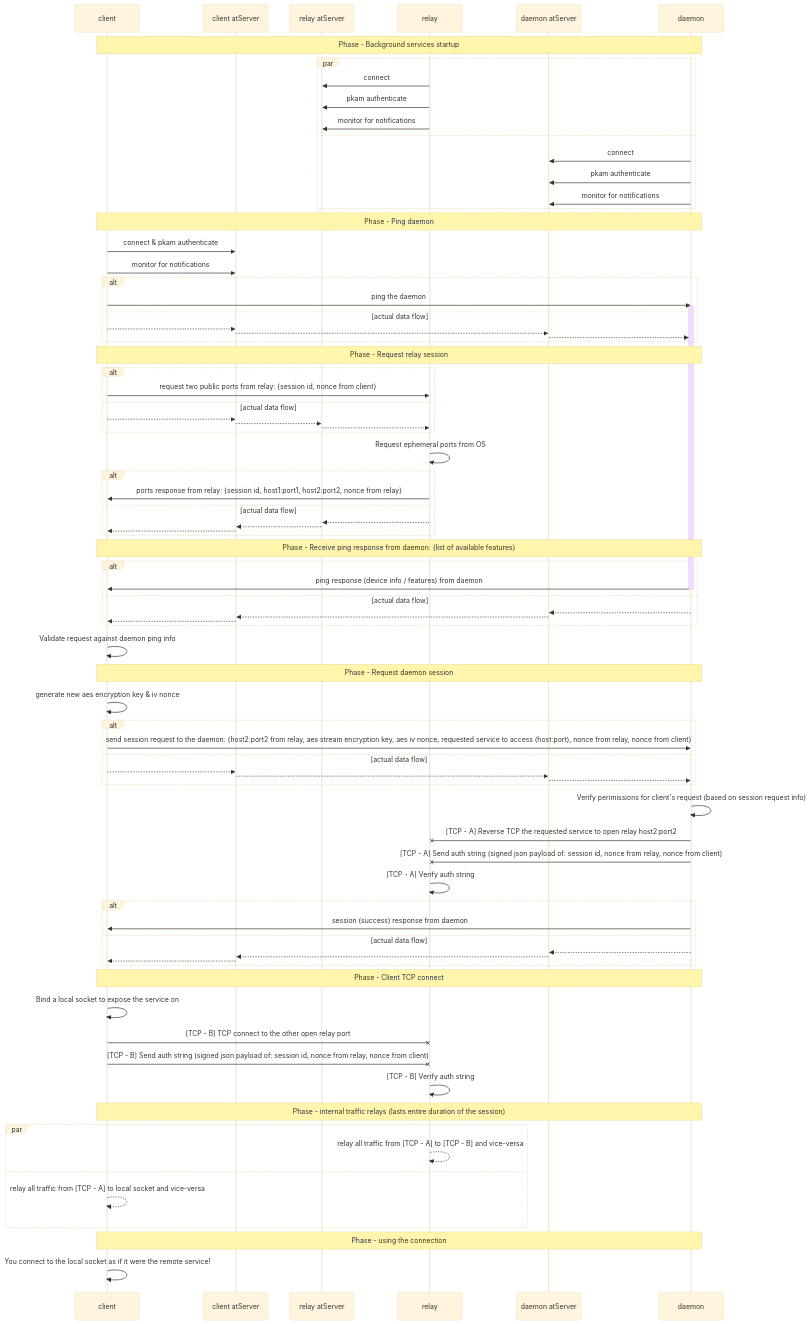
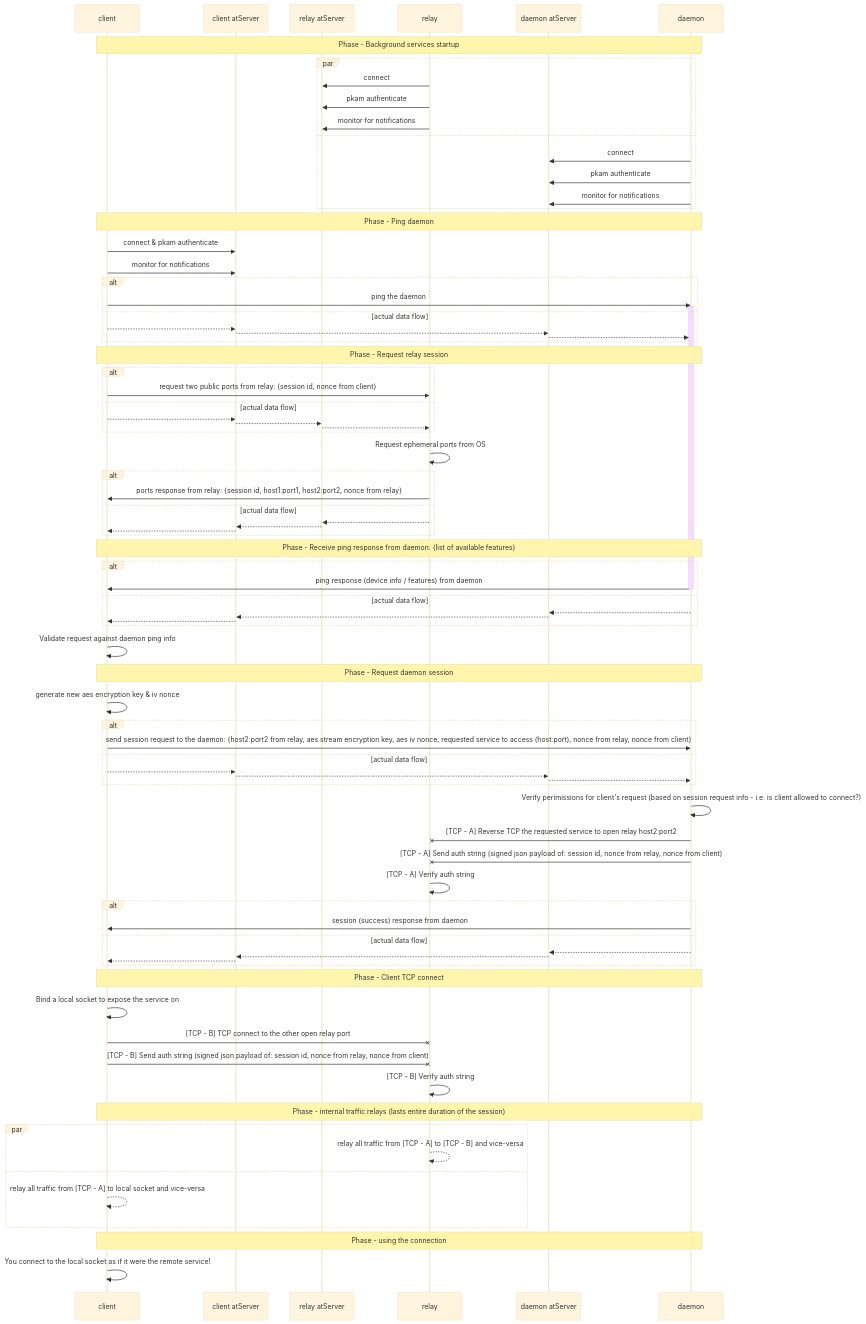
One commit to atsign-foundation/noports changed the diagram in docs/developer-notes/sequence-diagram.md. Above: the diagram before and after it, drawn with Mermaid (base theme).

Commit message:
docs(GITBOOK#101): No subject

```diff
--- a/docs/developer-notes/sequence-diagram.md
+++ b/docs/developer-notes/sequence-diagram.md
@@ -77,7 +77,7 @@
         cs -->> ds: 
         ds -->> d: 
     end
-    d ->> d: Verify perimissions for client's request (based on session request info)
+    d ->> d: Verify perimissions for client's request (based on session request info - i.e. is client allowed to connect?)
     d -x r: [TCP - A] Reverse TCP the requested service to open relay host2:port2
     d -x r: [TCP - A] Send auth string (signed json payload of: session id, nonce from relay,  nonce from client)
     r ->> r: [TCP - A] Verify auth string
```
